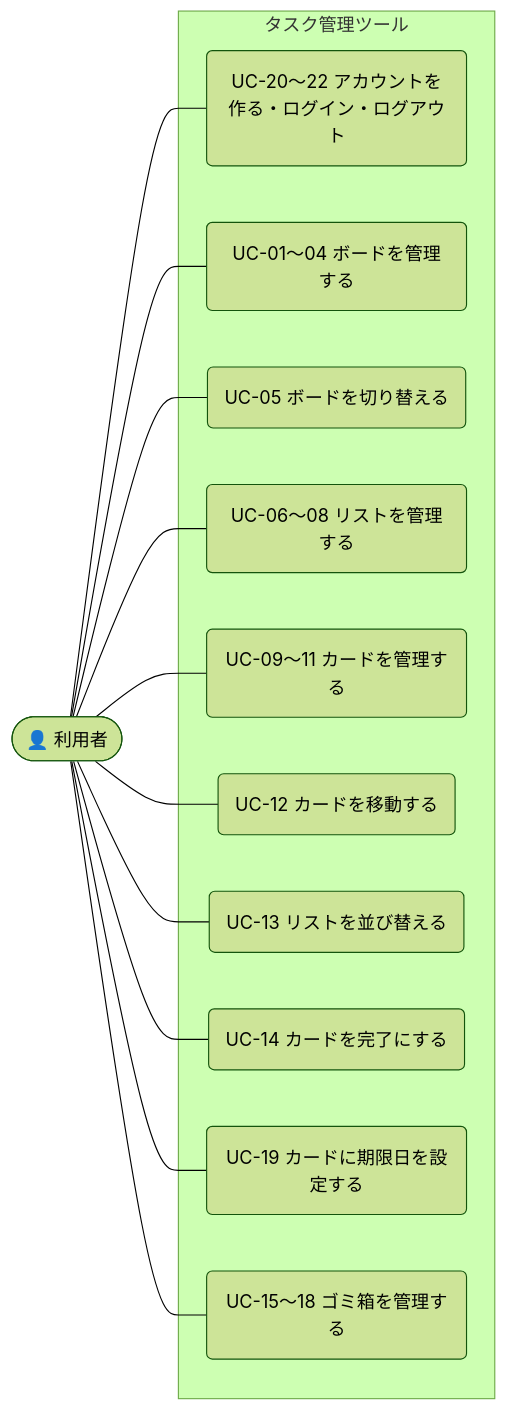
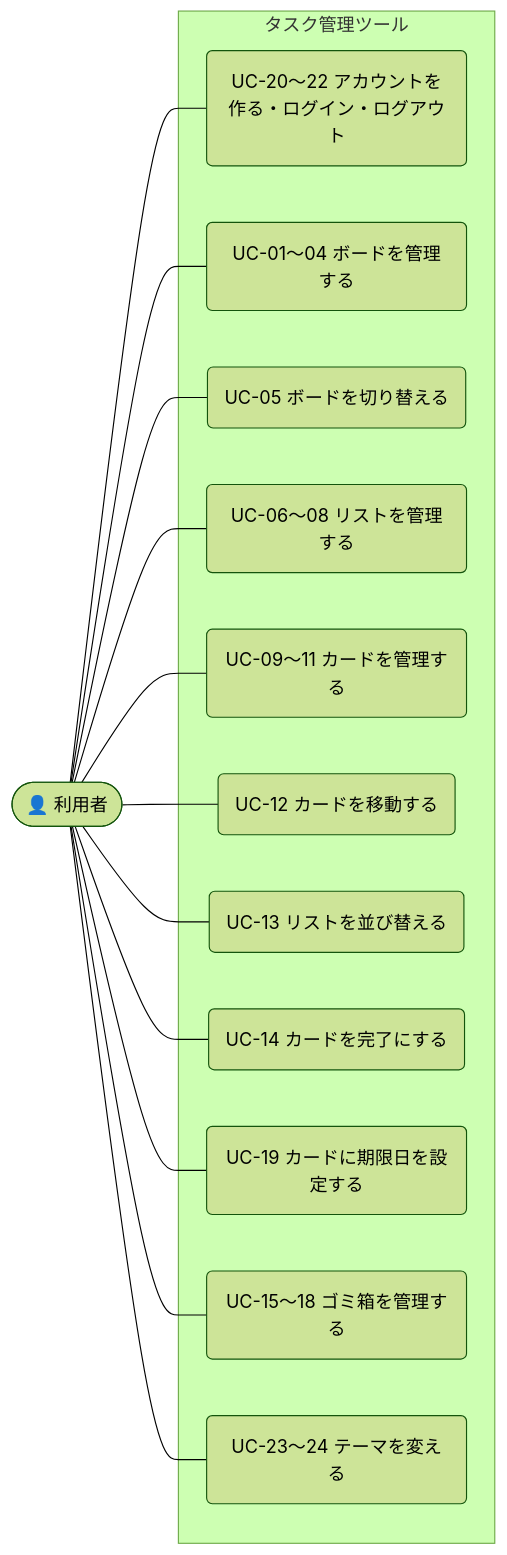
The diagram in docs/01-1_use-cases.md (major182/TaskManegementTool), drawn with Mermaid (forest theme) before and after one commit. The commit also changed other lines of this file and 5 other files, not shown here.

````diff
--- a/docs/01-1_use-cases.md
+++ b/docs/01-1_use-cases.md
@@ -55,28 +57,30 @@
 ```mermaid
 flowchart LR
     U(["👤 利用者"])
 
     subgraph APP["タスク管理ツール"]
         UC2022("UC-20〜22 アカウントを作る・ログイン・ログアウト")
         UC0104("UC-01〜04 ボードを管理する")
         UC05("UC-05 ボードを切り替える")
         UC0608("UC-06〜08 リストを管理する")
         UC0911("UC-09〜11 カードを管理する")
         UC12("UC-12 カードを移動する")
         UC13("UC-13 リストを並び替える")
         UC14("UC-14 カードを完了にする")
         UC19("UC-19 カードに期限日を設定する")
         UC1518("UC-15〜18 ゴミ箱を管理する")
+        UC2324("UC-23〜24 テーマを変える")
     end
 
     U --- UC2022
     U --- UC0104
     U --- UC05
     U --- UC0608
     U --- UC0911
     U --- UC12
     U --- UC13
     U --- UC14
     U --- UC19
     U --- UC1518
+    U --- UC2324
 ```
````
